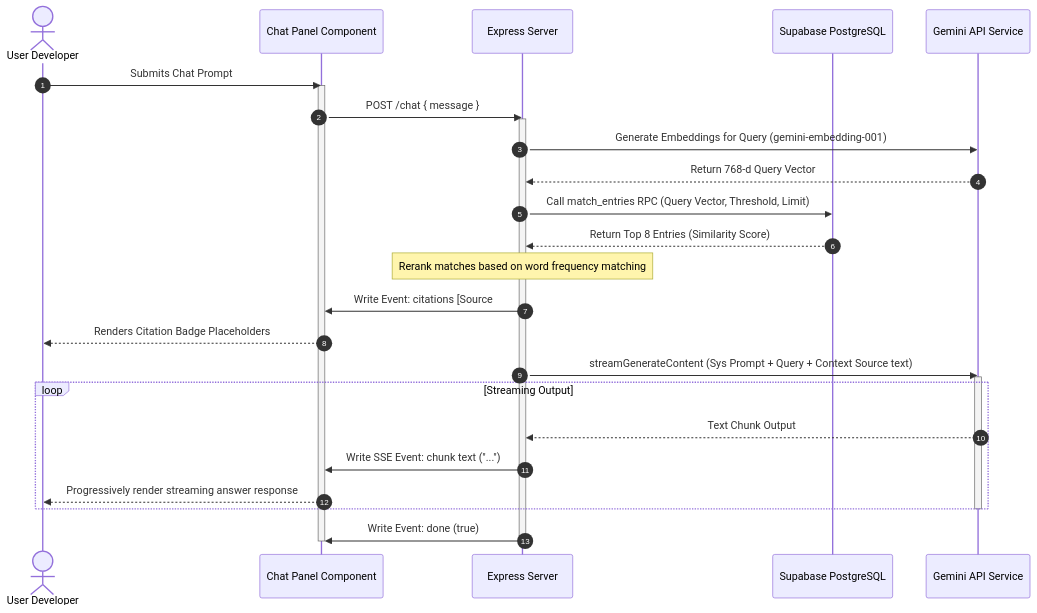
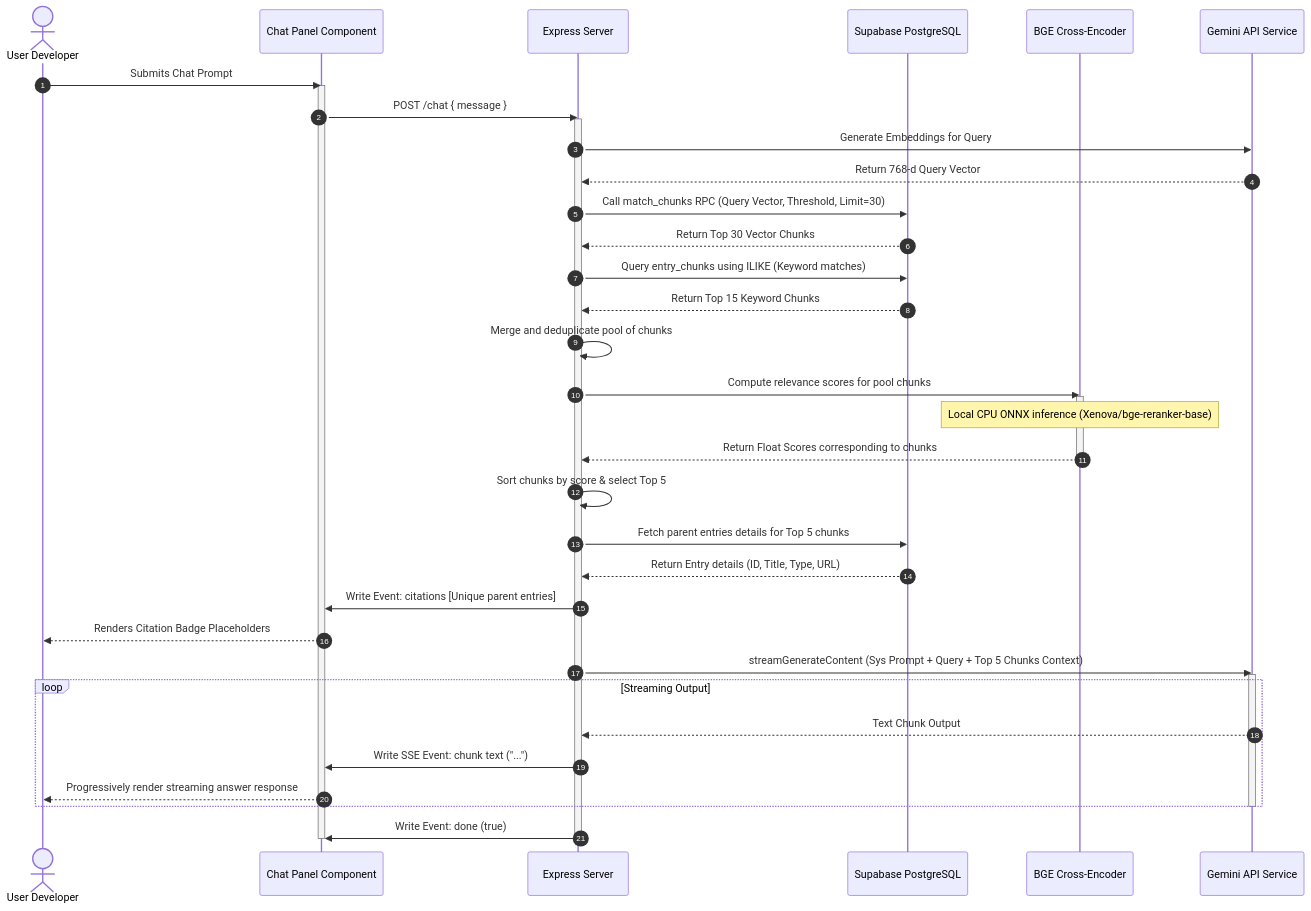
Before and after one commit to chavaliadi/knowledge-hub: the third of 5 diagrams in README.md, drawn with Mermaid. The commit also changed other lines of this file and 4 other files, not shown here.

````diff
--- a/README.md
+++ b/README.md
@@ -145,37 +167,52 @@
 ```mermaid
 sequenceDiagram
     autonumber
     actor User as User Developer
     participant Panel as Chat Panel Component
     participant Server as Express Server
     participant DB as Supabase PostgreSQL
+    participant Rerank as BGE Cross-Encoder
     participant Gemini as Gemini API Service
 
     User->>Panel: Submits Chat Prompt
     activate Panel
     Panel->>Server: POST /chat { message }
     activate Server
     
-    Server->>Gemini: Generate Embeddings for Query (gemini-embedding-001)
+    Server->>Gemini: Generate Embeddings for Query
     Gemini-->>Server: Return 768-d Query Vector
     
-    Server->>DB: Call match_entries RPC (Query Vector, Threshold, Limit)
-    DB-->>Server: Return Top 8 Entries (Similarity Score)
+    Server->>DB: Call match_chunks RPC (Query Vector, Threshold, Limit=30)
+    DB-->>Server: Return Top 30 Vector Chunks
     
-    Note over Server: Rerank matches based on word frequency matching
-    Server->>Panel: Write Event: citations [Source #1, Source #2]
+    Server->>DB: Query entry_chunks using ILIKE (Keyword matches)
+    DB-->>Server: Return Top 15 Keyword Chunks
+    
+    Server->>Server: Merge and deduplicate pool of chunks
+    
+    Server->>Rerank: Compute relevance scores for pool chunks
+    activate Rerank
+    Note over Rerank: Local CPU ONNX inference (Xenova/bge-reranker-base)
+    Rerank-->>Server: Return Float Scores corresponding to chunks
+    deactivate Rerank
+
+    Server->>Server: Sort chunks by score & select Top 5
+    Server->>DB: Fetch parent entries details for Top 5 chunks
+    DB-->>Server: Return Entry details (ID, Title, Type, URL)
+    
+    Server->>Panel: Write Event: citations [Unique parent entries]
     Panel-->>User: Renders Citation Badge Placeholders
     
-    Server->>Gemini: streamGenerateContent (Sys Prompt + Query + Context Source text)
+    Server->>Gemini: streamGenerateContent (Sys Prompt + Query + Top 5 Chunks Context)
     activate Gemini
     loop Streaming Output
         Gemini-->>Server: Text Chunk Output
         Server->>Panel: Write SSE Event: chunk text ("...")
         Panel-->>User: Progressively render streaming answer response
     end
     deactivate Gemini
     
     Server->>Panel: Write Event: done (true)
     deactivate Server
     deactivate Panel
 ```
````
